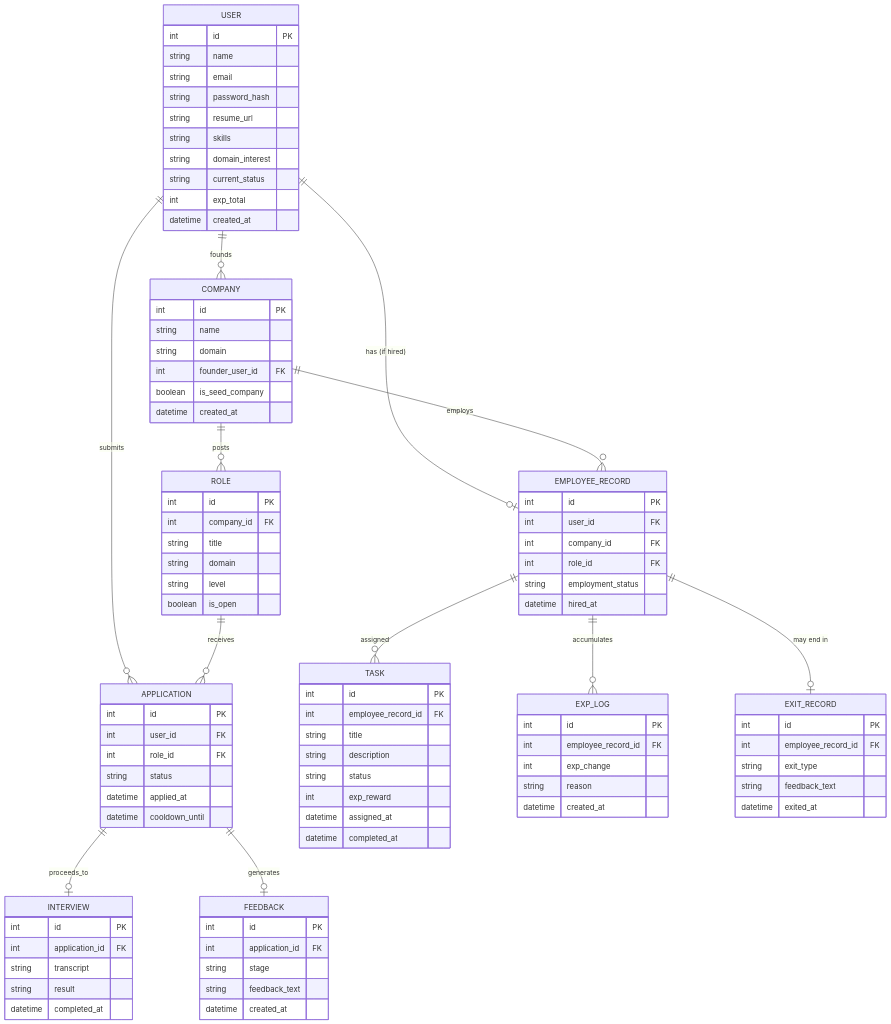
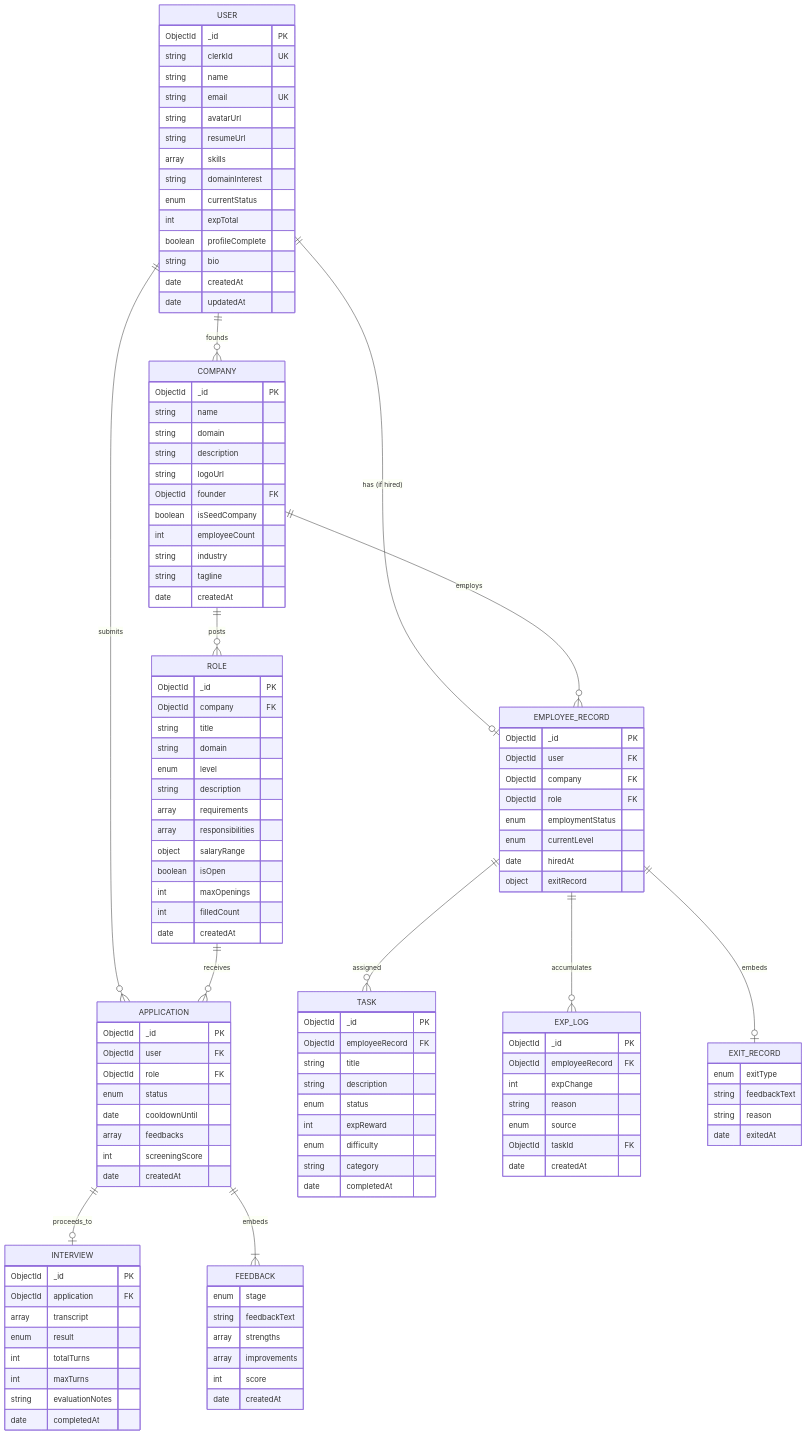
One commit to Trushar30/CorpVerse changed the diagram in corpverse_docs/03_architecture/database_schema.md. Above: the diagram before and after it, drawn with Mermaid. The commit also changed other lines of this file and 91 other files, not shown here.

Commit message:
feat: complete phase 1 - express backend, mongodb atlas schemas, clerk auth, dark cosmos landing page & dashboard, and documentation overhaul

````diff
--- a/corpverse_docs/03_architecture/database_schema.md
+++ b/corpverse_docs/03_architecture/database_schema.md
@@ -10,101 +32,127 @@
     COMPANY ||--o{ ROLE : posts
     ROLE ||--o{ APPLICATION : receives
     APPLICATION ||--o| INTERVIEW : proceeds_to
-    APPLICATION ||--o| FEEDBACK : generates
+    APPLICATION ||--|{ FEEDBACK : "embeds"
     EMPLOYEE_RECORD ||--o{ TASK : assigned
     EMPLOYEE_RECORD ||--o{ EXP_LOG : accumulates
-    EMPLOYEE_RECORD ||--o| EXIT_RECORD : "may end in"
+    EMPLOYEE_RECORD ||--o| EXIT_RECORD : "embeds"
     COMPANY ||--o{ EMPLOYEE_RECORD : employs
 
     USER {
-        int id PK
+        ObjectId _id PK
+        string clerkId UK
         string name
-        string email
-        string password_hash
-        string resume_url
-        string skills
-        string domain_interest
-        string current_status
-        int exp_total
-        datetime created_at
+        string email UK
+        string avatarUrl
+        string resumeUrl
+        array skills
+        string domainInterest
+        enum currentStatus
+        int expTotal
+        boolean profileComplete
+        string bio
+        date createdAt
+        date updatedAt
     }
 
     COMPANY {
-        int id PK
+        ObjectId _id PK
         string name
         string domain
-        int founder_user_id FK
-        boolean is_seed_company
-        datetime created_at
+        string description
+        string logoUrl
+        ObjectId founder FK
+        boolean isSeedCompany
+        int employeeCount
+        string industry
+        string tagline
+        date createdAt
     }
 
     ROLE {
-        int id PK
-        int company_id FK
+        ObjectId _id PK
+        ObjectId company FK
         string title
         string domain
-        string level
-        boolean is_open
+        enum level
+        string description
+        array requirements
+        array responsibilities
+        object salaryRange
+        boolean isOpen
+        int maxOpenings
+        int filledCount
+        date createdAt
     }
 
     APPLICATION {
-        int id PK
-        int user_id FK
-        int role_id FK
-        string status
-        datetime applied_at
-        datetime cooldown_until
+        ObjectId _id PK
+        ObjectId user FK
+        ObjectId role FK
+        enum status
+        date cooldownUntil
+        array feedbacks
+        int screeningScore
+        date createdAt
+    }
+
+    FEEDBACK {
+        enum stage
+        string feedbackText
+        array strengths
+        array improvements
+        int score
+        date createdAt
     }
 
     INTERVIEW {
-        int id PK
-        int application_id FK
-        string transcript
-        string result
-        datetime completed_at
-    }
-
-    FEEDBACK {
-        int id PK
-        int application_id FK
-        string stage
-        string feedback_text
-        datetime created_at
+        ObjectId _id PK
+        ObjectId application FK
+        array transcript
+        enum result
+        int totalTurns
+        int maxTurns
+        string evaluationNotes
+        date completedAt
     }
 
     EMPLOYEE_RECORD {
-        int id PK
-        int user_id FK
-        int company_id FK
-        int role_id FK
-        string employment_status
-        datetime hired_at
+        ObjectId _id PK
+        ObjectId user FK
+        ObjectId company FK
+        ObjectId role FK
+        enum employmentStatus
+        enum currentLevel
+        date hiredAt
+        object exitRecord
+    }
+
+    EXIT_RECORD {
+        enum exitType
+        string feedbackText
+        string reason
+        date exitedAt
     }
 
     TASK {
-        int id PK
-        int employee_record_id FK
+        ObjectId _id PK
+        ObjectId employeeRecord FK
         string title
         string description
-        string status
-        int exp_reward
-        datetime assigned_at
-        datetime completed_at
+        enum status
+        int expReward
+        enum difficulty
+        string category
+        date completedAt
     }
 
     EXP_LOG {
-        int id PK
-        int employee_record_id FK
-        int exp_change
+        ObjectId _id PK
+        ObjectId employeeRecord FK
+        int expChange
         string reason
-        datetime created_at
-    }
-
-    EXIT_RECORD {
-        int id PK
-        int employee_record_id FK
-        string exit_type
-        string feedback_text
-        datetime exited_at
+        enum source
+        ObjectId taskId FK
+        date createdAt
     }
 ```
````
